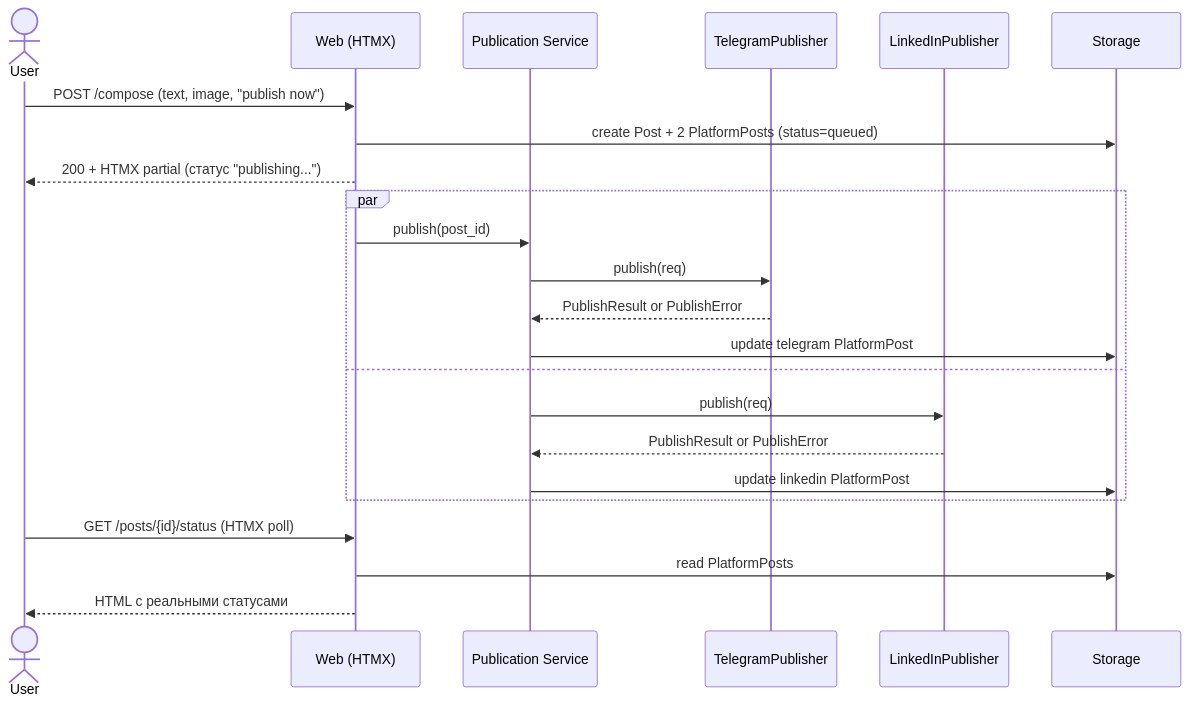
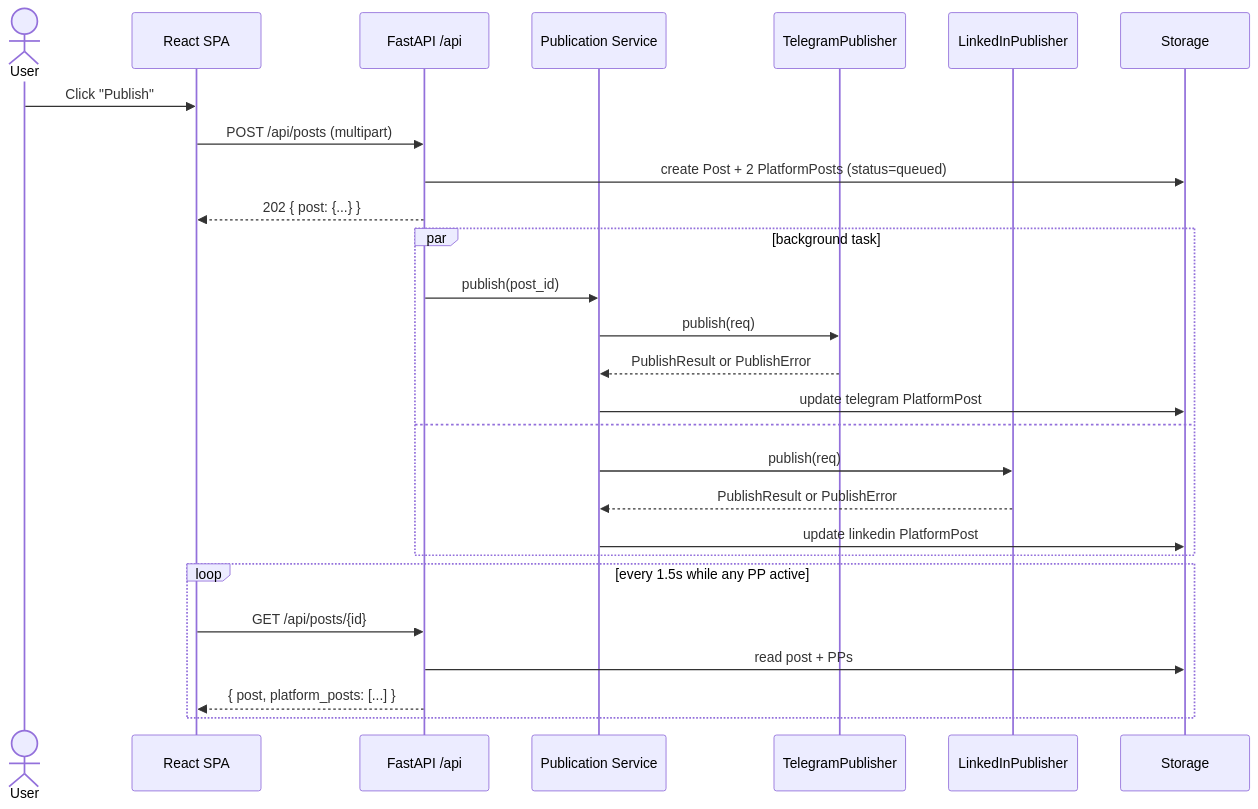
One commit to fromfedorov/onepost changed the first of 2 diagrams in ARCHITECTURE.md. Above: the diagram before and after it, drawn with Mermaid. The commit also changed other lines of this file and 12 other files, not shown here.

First line of the commit message:
Pivot backend to JSON API; drop HTMX UI

````diff
--- a/ARCHITECTURE.md
+++ b/ARCHITECTURE.md
@@ -284,26 +312,30 @@
 ```mermaid
 sequenceDiagram
     actor U as User
-    participant W as Web (HTMX)
+    participant FE as React SPA
+    participant API as FastAPI /api
     participant P as Publication Service
     participant TG as TelegramPublisher
     participant LI as LinkedInPublisher
     participant DB as Storage
 
-    U->>W: POST /compose (text, image, "publish now")
-    W->>DB: create Post + 2 PlatformPosts (status=queued)
-    W-->>U: 200 + HTMX partial (статус "publishing...")
-    par
-        W->>P: publish(post_id)
+    U->>FE: Click "Publish"
+    FE->>API: POST /api/posts (multipart)
+    API->>DB: create Post + 2 PlatformPosts (status=queued)
+    API-->>FE: 202 { post: {...} }
+    par background task
+        API->>P: publish(post_id)
         P->>TG: publish(req)
         TG-->>P: PublishResult or PublishError
         P->>DB: update telegram PlatformPost
     and
         P->>LI: publish(req)
         LI-->>P: PublishResult or PublishError
         P->>DB: update linkedin PlatformPost
     end
-    U->>W: GET /posts/{id}/status (HTMX poll)
-    W->>DB: read PlatformPosts
-    W-->>U: HTML с реальными статусами
+    loop every 1.5s while any PP active
+        FE->>API: GET /api/posts/{id}
+        API->>DB: read post + PPs
+        API-->>FE: { post, platform_posts: [...] }
+    end
 ```
````
